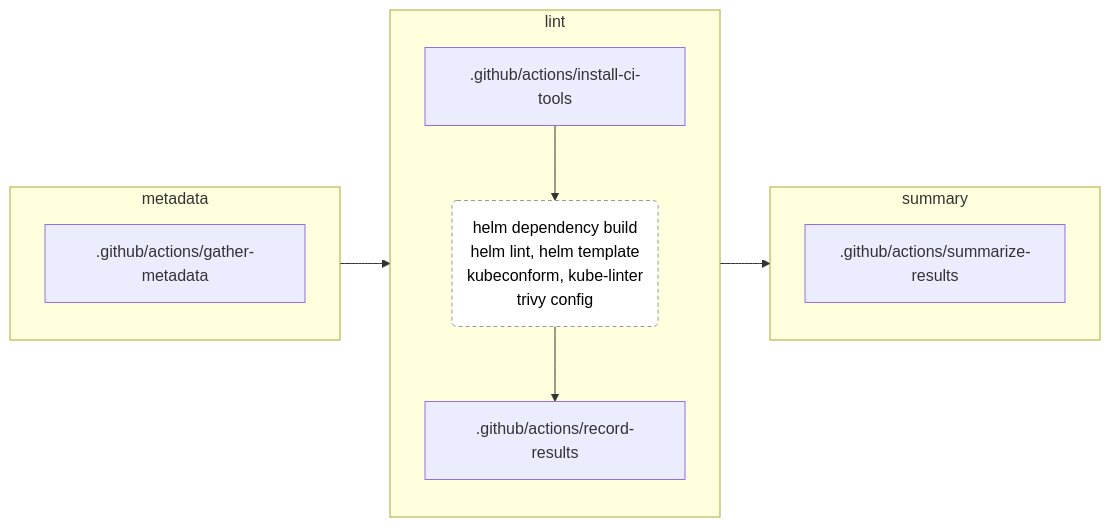
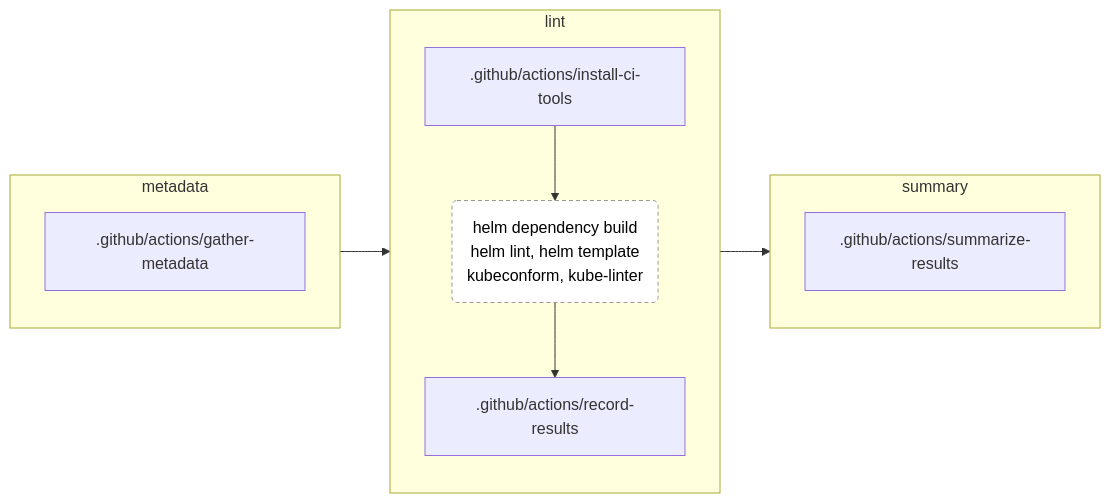
The second of 7 diagrams in docs/GITHUB.md (YoyoBesser/echo-pong), drawn with Mermaid before and after one commit. The commit also changed other lines of this file and 20 other files, not shown here.

````diff
--- a/docs/GITHUB.md
+++ b/docs/GITHUB.md
@@ -90,21 +83,21 @@
 ```mermaid
 flowchart LR
   classDef do fill:#fff,stroke:#999,stroke-dasharray:4 3,color:#000
   subgraph j_metadata["metadata"]
     direction TB
     j_metadata_0[.github/actions/gather-metadata]
   end
   subgraph j_lint["lint"]
     direction TB
     j_lint_0[.github/actions/install-ci-tools]
-    j_lint_1("helm dependency build<br>helm lint, helm template<br>kubeconform, kube-linter<br>trivy config"):::do
+    j_lint_1("helm dependency build<br>helm lint, helm template<br>kubeconform, kube-linter"):::do
     j_lint_2[.github/actions/record-results]
     j_lint_0 --> j_lint_1 --> j_lint_2
   end
   subgraph j_summary["summary"]
     direction TB
     j_summary_0[.github/actions/summarize-results]
   end
   j_metadata --> j_lint
   j_lint --> j_summary
 ```
````
